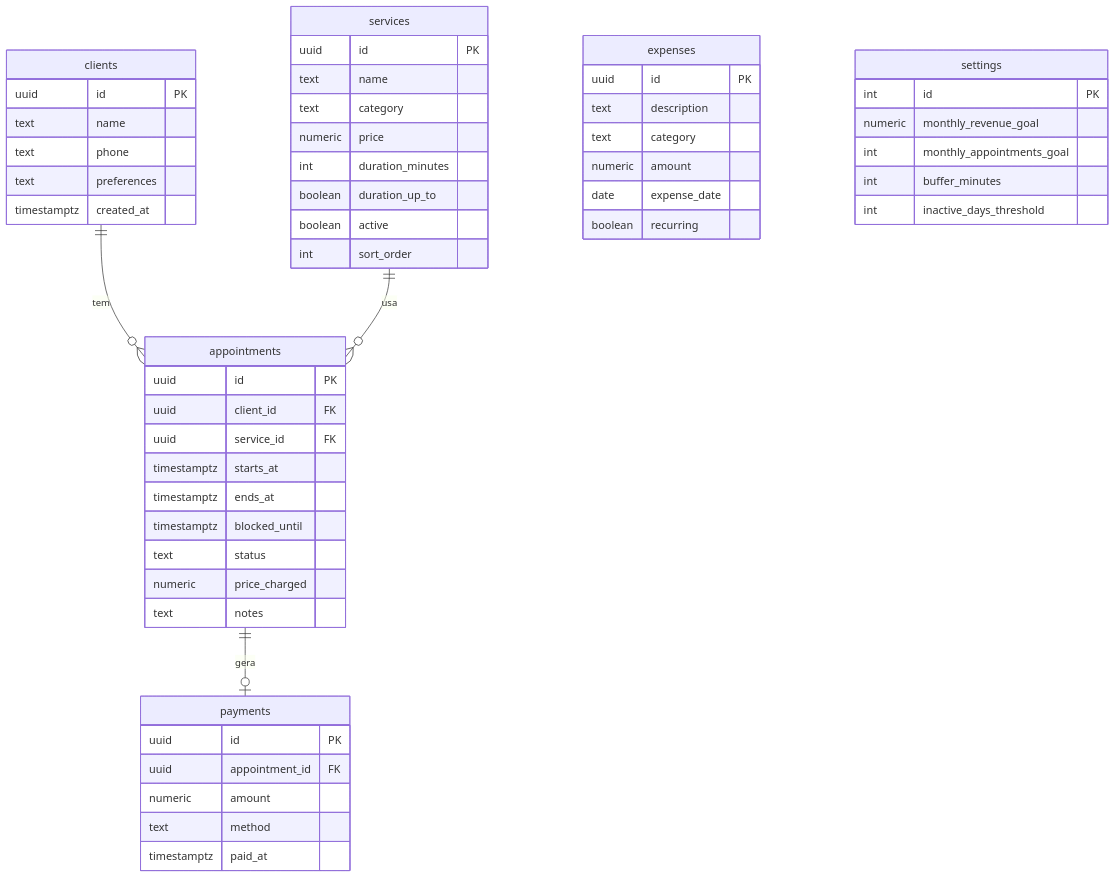
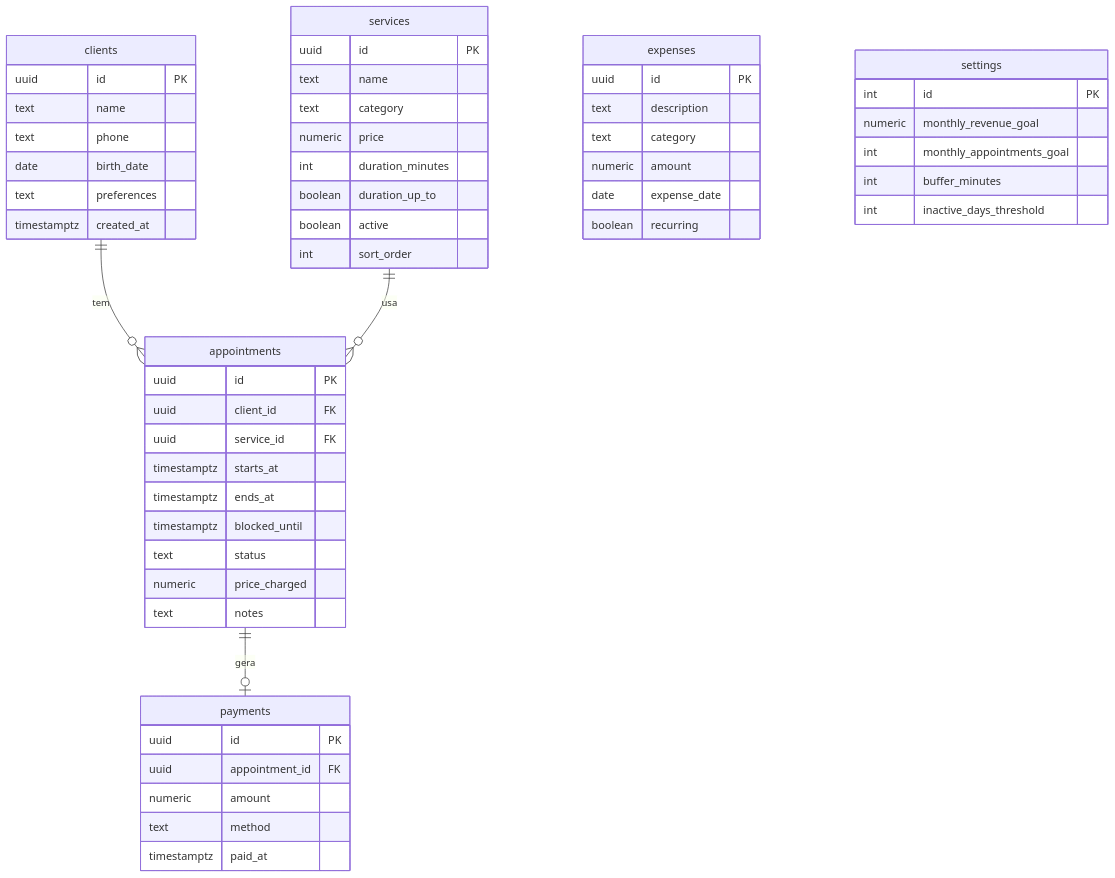
Before and after one commit to hygorbatista/Studio-Gabriela-Probst: the diagram in docs/04-modelo-dados.md, drawn with Mermaid. The commit also changed other lines of this file and 6 other files, not shown here.

````diff
--- a/docs/04-modelo-dados.md
+++ b/docs/04-modelo-dados.md
@@ -7,59 +7,60 @@
 ```mermaid
 erDiagram
     clients ||--o{ appointments : tem
     services ||--o{ appointments : usa
     appointments ||--o| payments : gera
     expenses
     settings
 
     clients {
         uuid id PK
         text name
         text phone
+        date birth_date
         text preferences
         timestamptz created_at
     }
     services {
         uuid id PK
         text name
         text category
         numeric price
         int duration_minutes
         boolean duration_up_to
         boolean active
         int sort_order
     }
     appointments {
         uuid id PK
         uuid client_id FK
         uuid service_id FK
         timestamptz starts_at
         timestamptz ends_at
         timestamptz blocked_until
         text status
         numeric price_charged
         text notes
     }
     payments {
         uuid id PK
         uuid appointment_id FK
         numeric amount
         text method
         timestamptz paid_at
     }
     expenses {
         uuid id PK
         text description
         text category
         numeric amount
         date expense_date
         boolean recurring
     }
     settings {
         int id PK
         numeric monthly_revenue_goal
         int monthly_appointments_goal
         int buffer_minutes
         int inactive_days_threshold
     }
 ```
````
